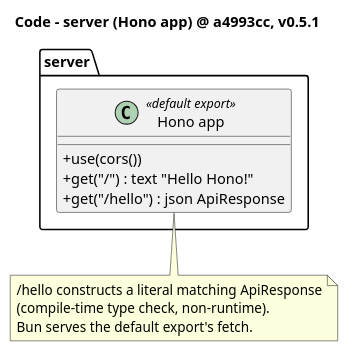
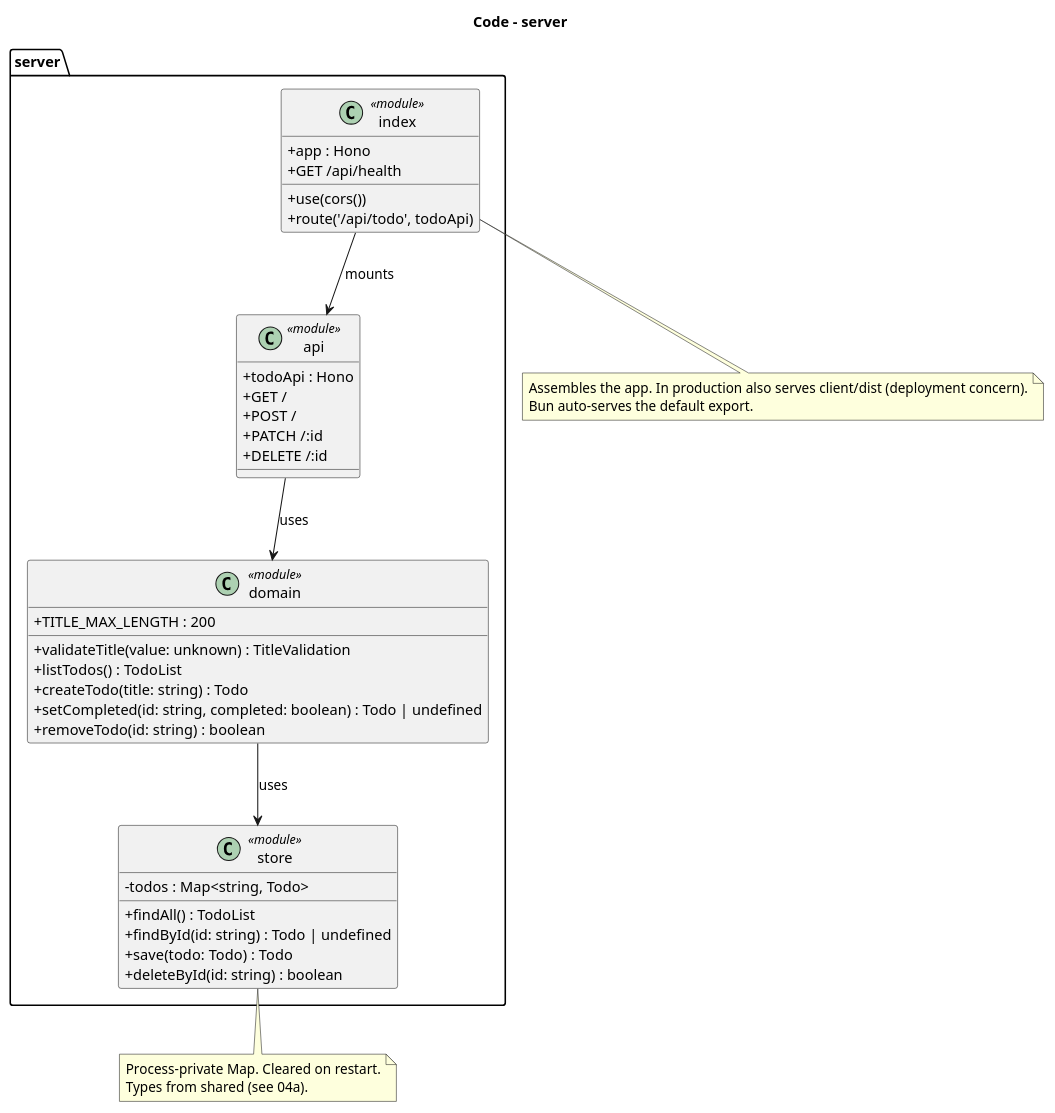
The diagram in docs/architecture/diagrams/04b-code-server.puml (MemoryIt/todo), drawn with PlantUML before and after one commit.

Commit message:
docs(diagrams): rewrite server code diagram for the todo app
Model the store / domain / api modules (plus the index assembly)
with their exported functions and dependency direction.

```diff
--- a/docs/architecture/diagrams/04b-code-server.puml
+++ b/docs/architecture/diagrams/04b-code-server.puml
@@ -1,20 +1,53 @@
 @startuml
-title Code - server (Hono app) @ a4993cc, v0.5.1
-
+title Code - server
 skinparam classAttributeIconSize 0
 
 package "server" {
-  class "Hono app" as honoApp <<default export>> {
+  class store <<module>> {
+    -todos : Map<string, Todo>
+    +findAll() : TodoList
+    +findById(id: string) : Todo | undefined
+    +save(todo: Todo) : Todo
+    +deleteById(id: string) : boolean
+  }
+
+  class domain <<module>> {
+    +TITLE_MAX_LENGTH : 200
+    +validateTitle(value: unknown) : TitleValidation
+    +listTodos() : TodoList
+    +createTodo(title: string) : Todo
+    +setCompleted(id: string, completed: boolean) : Todo | undefined
+    +removeTodo(id: string) : boolean
+  }
+
+  class api <<module>> {
+    +todoApi : Hono
+    +GET /
+    +POST /
+    +PATCH /:id
+    +DELETE /:id
+  }
+
+  class index <<module>> {
+    +app : Hono
     +use(cors())
-    +get("/") : text "Hello Hono!"
-    +get("/hello") : json ApiResponse
+    +route('/api/todo', todoApi)
+    +GET /api/health
   }
 }
 
-note bottom of honoApp
-  /hello constructs a literal matching ApiResponse
-  (compile-time type check, non-runtime).
-  Bun serves the default export's fetch.
+domain --> store : uses
+api --> domain : uses
+index --> api : mounts
+
+note bottom of store
+  Process-private Map. Cleared on restart.
+  Types from shared (see 04a).
+end note
+
+note bottom of index
+  Assembles the app. In production also serves client/dist (deployment concern).
+  Bun auto-serves the default export.
 end note
 
 @enduml
```
